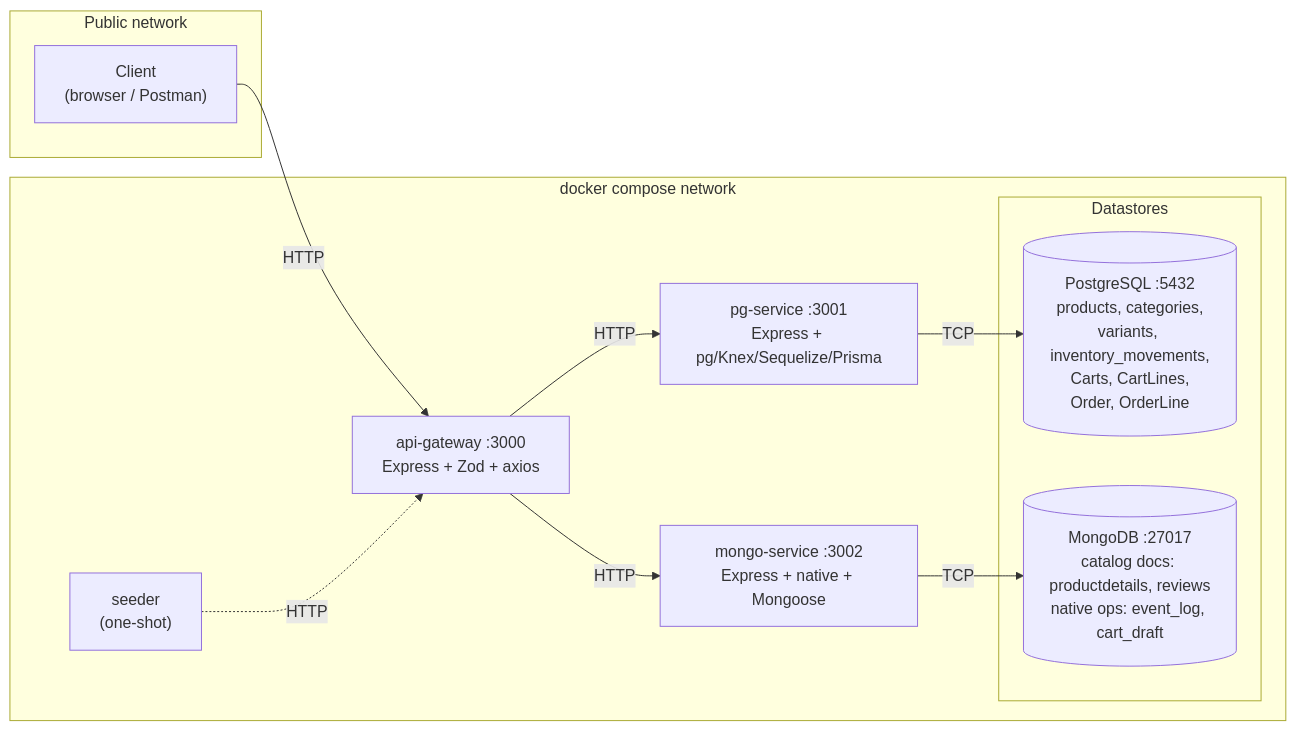
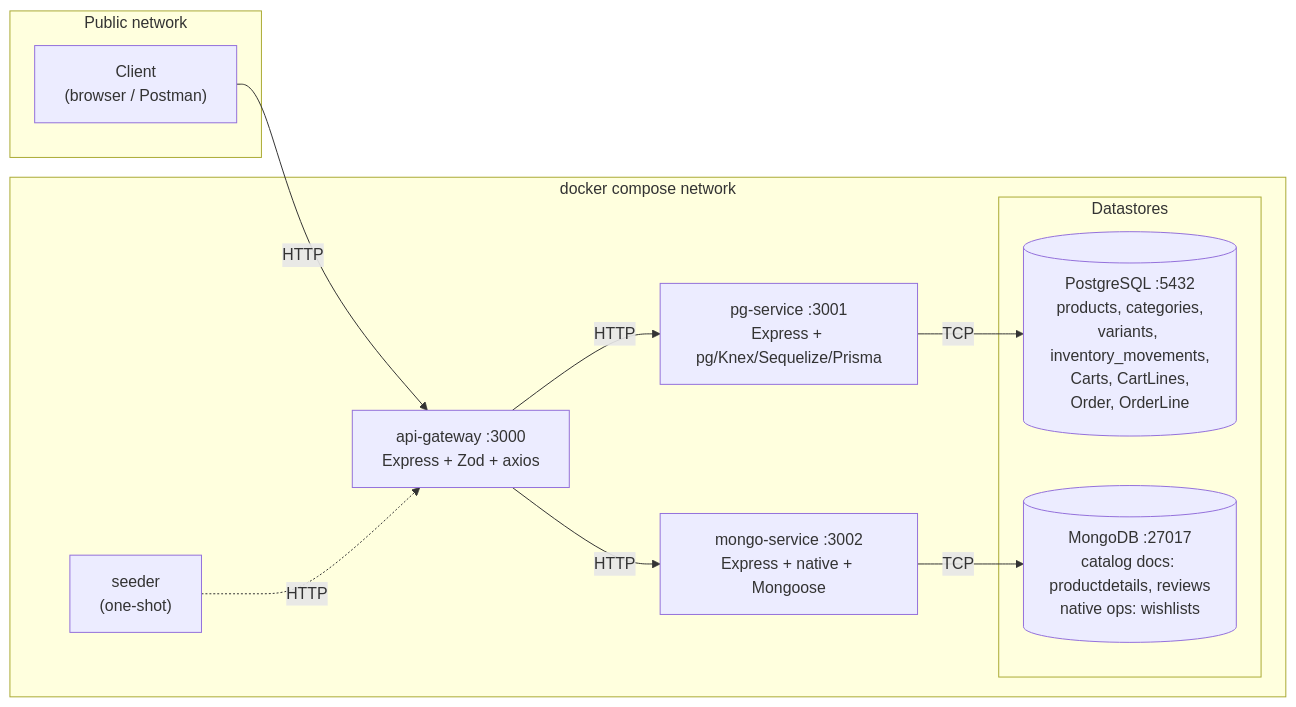
One commit to zofiadobrowolskaa/ecommerce changed the first of 3 diagrams in README.md. Above: the diagram before and after it, drawn with Mermaid. The commit also changed other lines of this file and 5 other files, not shown here.

Commit message:
refactor(mongo): drop incorrect req16 artefacts (cart_draft, event_log) and reframe native driver demo onto wishlists

````diff
--- a/README.md
+++ b/README.md
@@ -30,25 +30,25 @@
 ```mermaid
 flowchart LR
     subgraph public ["Public network"]
         Client["Client<br/>(browser / Postman)"]
     end
 
     subgraph docker ["docker compose network"]
         GW["api-gateway :3000<br/>Express + Zod + axios"]
         PG_SVC["pg-service :3001<br/>Express + pg/Knex/Sequelize/Prisma"]
         MG_SVC["mongo-service :3002<br/>Express + native + Mongoose"]
         SEED["seeder<br/>(one-shot)"]
 
         subgraph datastores ["Datastores"]
             PG[("PostgreSQL :5432<br/>products, categories,<br/>variants, inventory_movements,<br/>Carts, CartLines,<br/>Order, OrderLine")]
-            MG[("MongoDB :27017<br/>catalog docs: productdetails, reviews<br/>native ops: event_log, cart_draft")]
+            MG[("MongoDB :27017<br/>catalog docs: productdetails, reviews<br/>native ops: wishlists")]
         end
     end
 
     Client --HTTP--> GW
     GW --HTTP--> PG_SVC
     GW --HTTP--> MG_SVC
     SEED -.HTTP.-> GW
     PG_SVC --TCP--> PG
     MG_SVC --TCP--> MG
 ```
````
